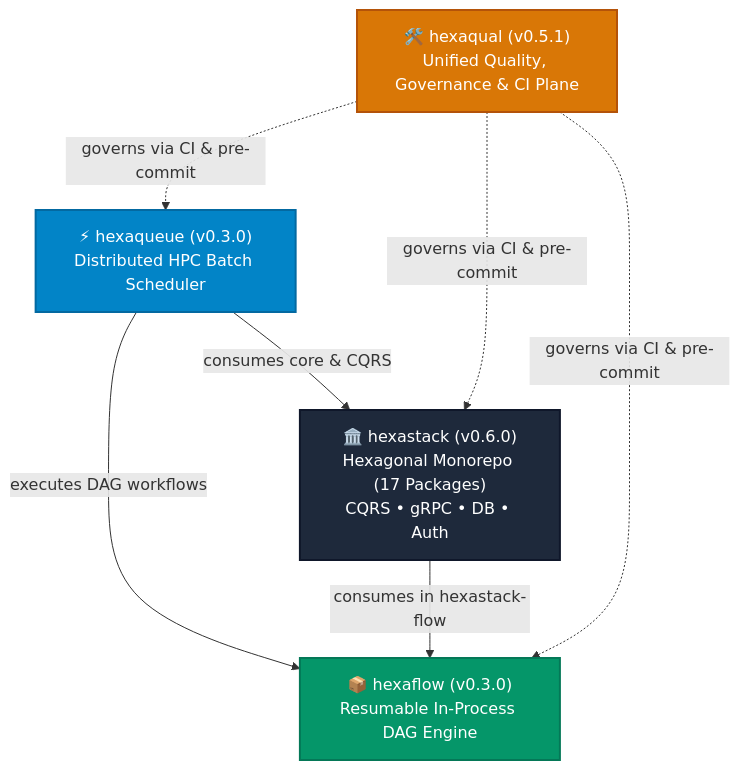
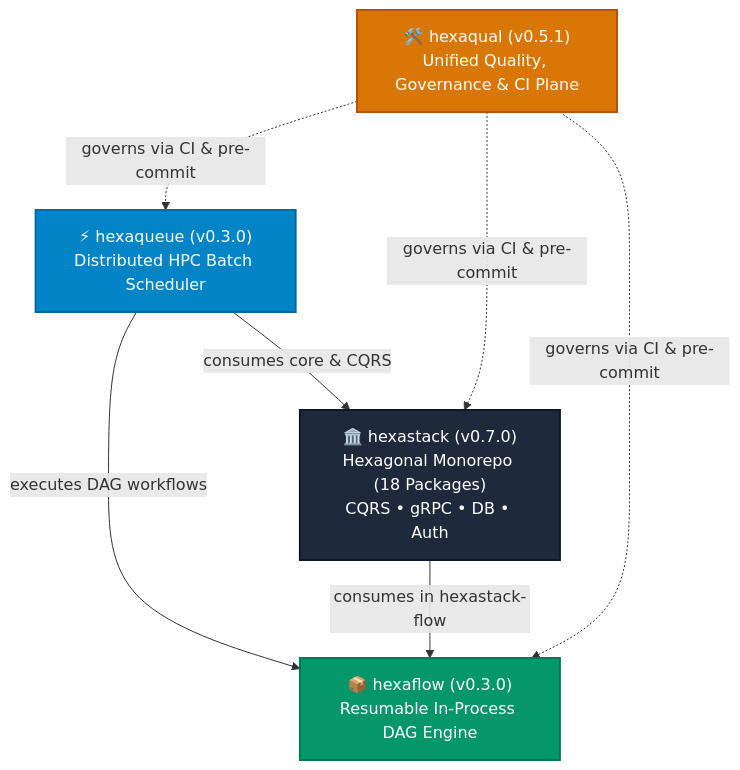
One commit to TheTrueSCU/hexastack changed the first of 2 diagrams in docs/ecosystem.md. Above: the diagram before and after it, drawn with Mermaid. The commit also changed other lines of this file and 29 other files, not shown here.

````diff
--- a/docs/ecosystem.md
+++ b/docs/ecosystem.md
@@ -9,19 +9,19 @@
 ```mermaid
 graph TD
     classDef hq fill:#0284c7,stroke:#0369a1,stroke-width:2px,color:#ffffff;
     classDef hs fill:#1e293b,stroke:#0f172a,stroke-width:2px,color:#ffffff;
     classDef hf fill:#059669,stroke:#047857,stroke-width:2px,color:#ffffff;
     classDef hqual fill:#d97706,stroke:#b45309,stroke-width:2px,color:#ffffff;
 
     HQ["⚡ hexaqueue (v0.3.0)<br/>Distributed HPC Batch Scheduler"]:::hq
-    HS["🏛️ hexastack (v0.6.0)<br/>Hexagonal Monorepo (17 Packages)<br/>CQRS • gRPC • DB • Auth"]:::hs
+    HS["🏛️ hexastack (v0.7.0)<br/>Hexagonal Monorepo (18 Packages)<br/>CQRS • gRPC • DB • Auth"]:::hs
     HF["📦 hexaflow (v0.3.0)<br/>Resumable In-Process DAG Engine"]:::hf
     HQUAL["🛠️ hexaqual (v0.5.1)<br/>Unified Quality, Governance & CI Plane"]:::hqual
 
     HQ -->|"consumes core & CQRS"| HS
     HQ -->|"executes DAG workflows"| HF
     HS -->|"consumes in hexastack-flow"| HF
     HQUAL -. "governs via CI & pre-commit" .-> HQ
     HQUAL -. "governs via CI & pre-commit" .-> HS
     HQUAL -. "governs via CI & pre-commit" .-> HF
 ```
````
